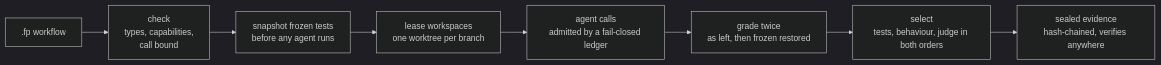
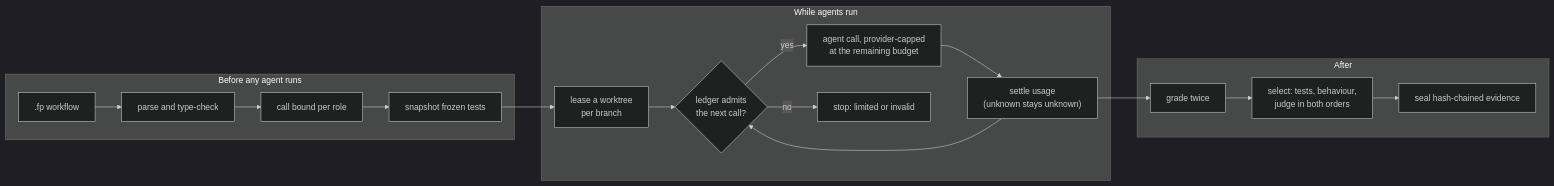
One commit to nicholas-yi/FlowProof changed the first of 7 diagrams in README.md. Above: the diagram before and after it, drawn with Mermaid (dark theme). The commit also changed other lines of this file and 141 other files, not shown here.

First line of the commit message:
Expand the README: hero figure, engine internals, behaviour and cost findings, lessons

````diff
--- a/README.md
+++ b/README.md
@@ -63,10 +105,21 @@
 ```mermaid
 flowchart LR
-  W[".fp workflow"] --> C["check<br/>types, capabilities,<br/>call bound"]
-  C --> F["snapshot frozen tests<br/>before any agent runs"]
-  F --> L["lease workspaces<br/>one worktree per branch"]
-  L --> A["agent calls<br/>admitted by a fail-closed ledger"]
-  A --> G["grade twice<br/>as left, then frozen restored"]
-  G --> S["select<br/>tests, behaviour, judge in both orders"]
-  S --> E["sealed evidence<br/>hash-chained, verifies anywhere"]
+  subgraph before["Before any agent runs"]
+    W[".fp workflow"] --> P["parse and type-check"]
+    P --> B["call bound per role"]
+    B --> F["snapshot frozen tests"]
+  end
+  subgraph during["While agents run"]
+    L["lease a worktree<br/>per branch"] --> A{"ledger admits<br/>the next call?"}
+    A -->|yes| C["agent call, provider-capped<br/>at the remaining budget"]
+    C --> S["settle usage<br/>(unknown stays unknown)"]
+    S --> A
+    A -->|no| X["stop: limited or invalid"]
+  end
+  subgraph after["After"]
+    G["grade twice"] --> Sel["select: tests, behaviour,<br/>judge in both orders"]
+    Sel --> E["seal hash-chained evidence"]
+  end
+  F --> L
+  S --> G
 ```
````
